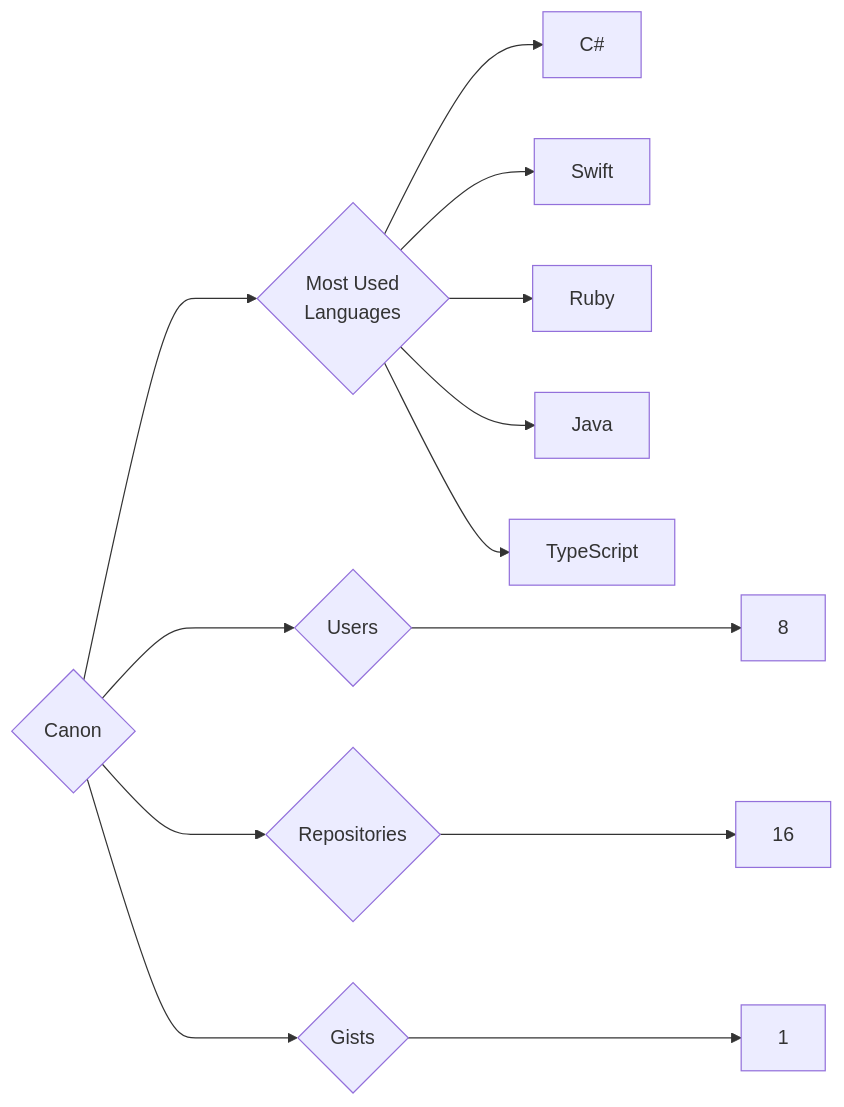
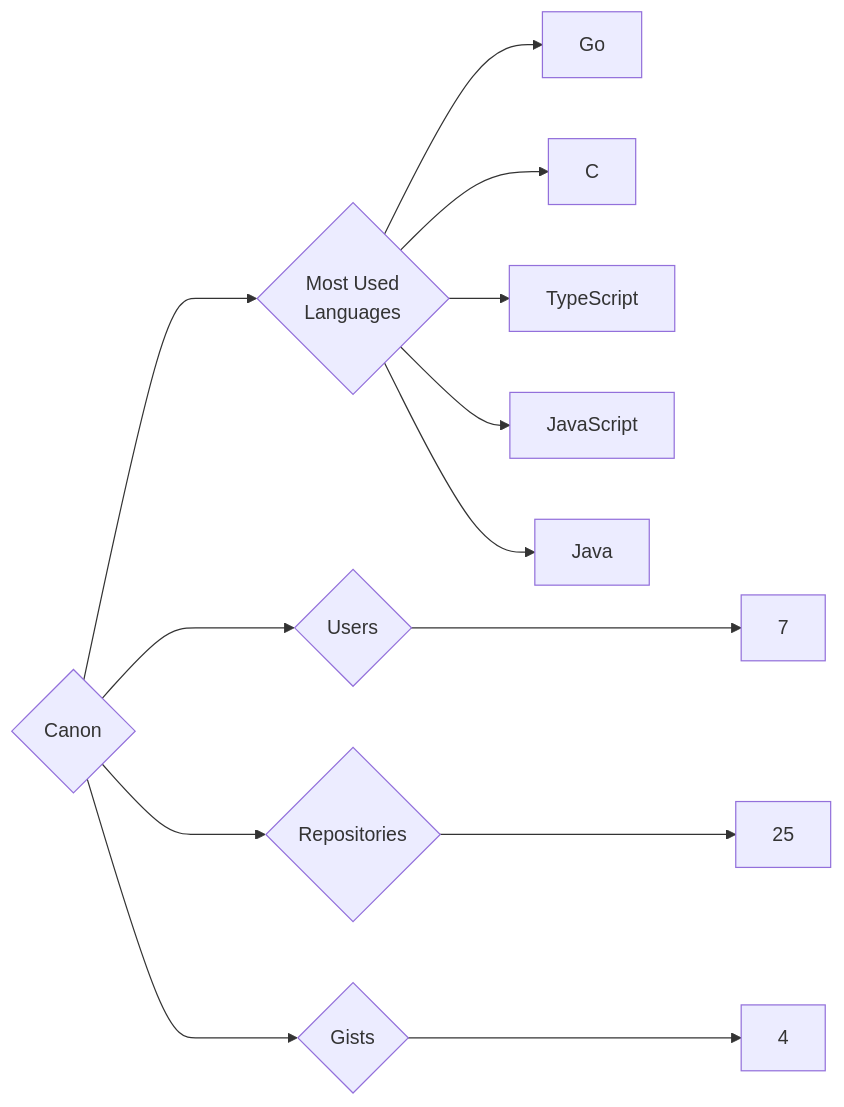
One commit to trickest/insiders changed the diagram in targets/Canon/README.md. Above: the diagram before and after it, drawn with Mermaid. The commit also changed 944 other files, not shown here.

````diff
--- a/targets/Canon/README.md
+++ b/targets/Canon/README.md
@@ -3,13 +3,13 @@
 ```mermaid
 graph LR
 COMPANY_NAME{Canon}
-COMPANY_NAME ---> U{Users} ---> UN[8]
-COMPANY_NAME ---> R{Repositories} ---> RN[16]
-COMPANY_NAME ---> G{Gists} ---> GN[1]
+COMPANY_NAME ---> U{Users} ---> UN[7]
+COMPANY_NAME ---> R{Repositories} ---> RN[25]
+COMPANY_NAME ---> G{Gists} ---> GN[4]
 COMPANY_NAME ---> ML{Most Used<br>Languages}
-ML --> C#[C#]
-ML --> Swift[Swift]
-ML --> Ruby[Ruby]
+ML --> Go[Go]
+ML --> C[C]
+ML --> TypeScript[TypeScript]
+ML --> JavaScript[JavaScript]
 ML --> Java[Java]
-ML --> TypeScript[TypeScript]
 ```
````
